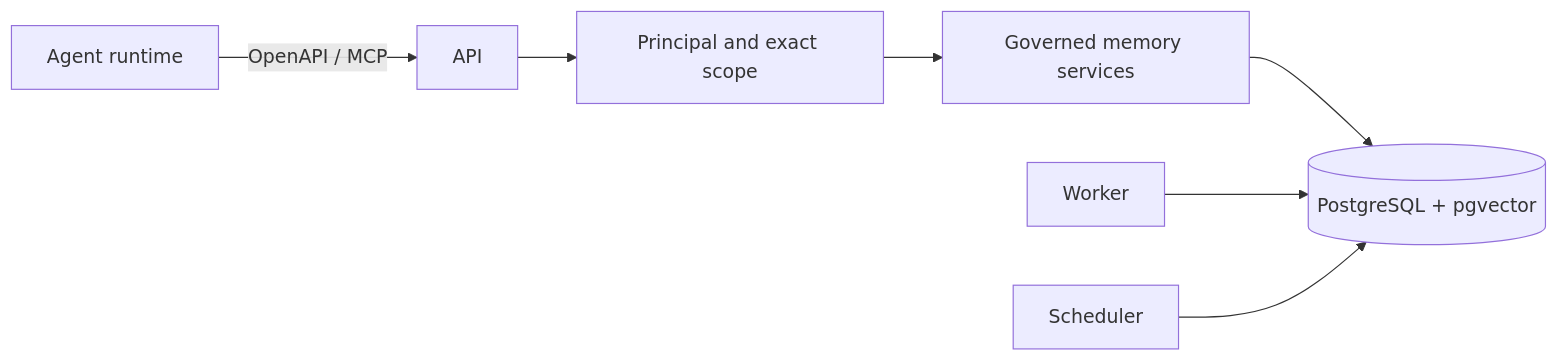
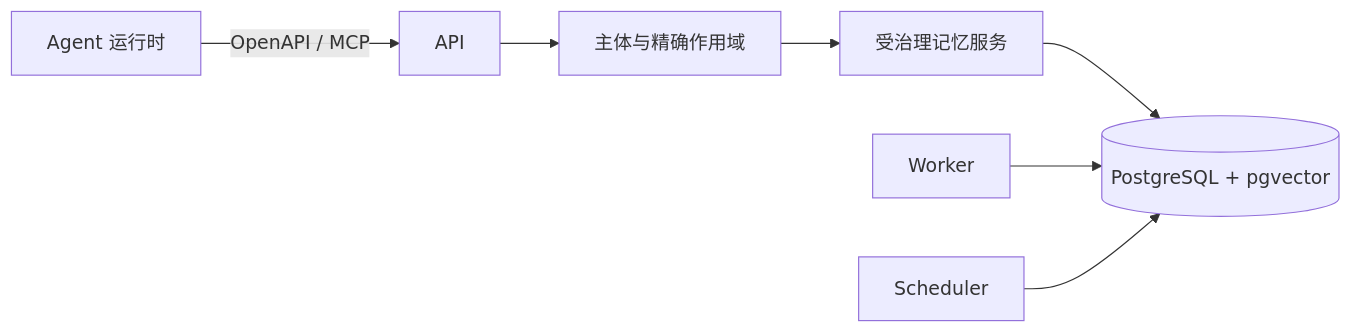
Before and after one commit to FelixSeptem/stele: the diagram in README.md, drawn with Mermaid. The commit also changed other lines of this file and 38 other files, not shown here.

````diff
--- a/README.md
+++ b/README.md
@@ -27,9 +21,9 @@
 ```mermaid
 flowchart LR
-    Agent[Agent runtime] -->|OpenAPI / MCP| API[API]
-    API --> Scope[Principal and exact scope]
-    Scope --> Services[Governed memory services]
+    Agent[Agent 运行时] -->|OpenAPI / MCP| API[API]
+    API --> Scope[主体与精确作用域]
+    Scope --> Services[受治理记忆服务]
     Services --> PG[(PostgreSQL + pgvector)]
     Worker[Worker] --> PG
     Scheduler[Scheduler] --> PG
 ```
````
